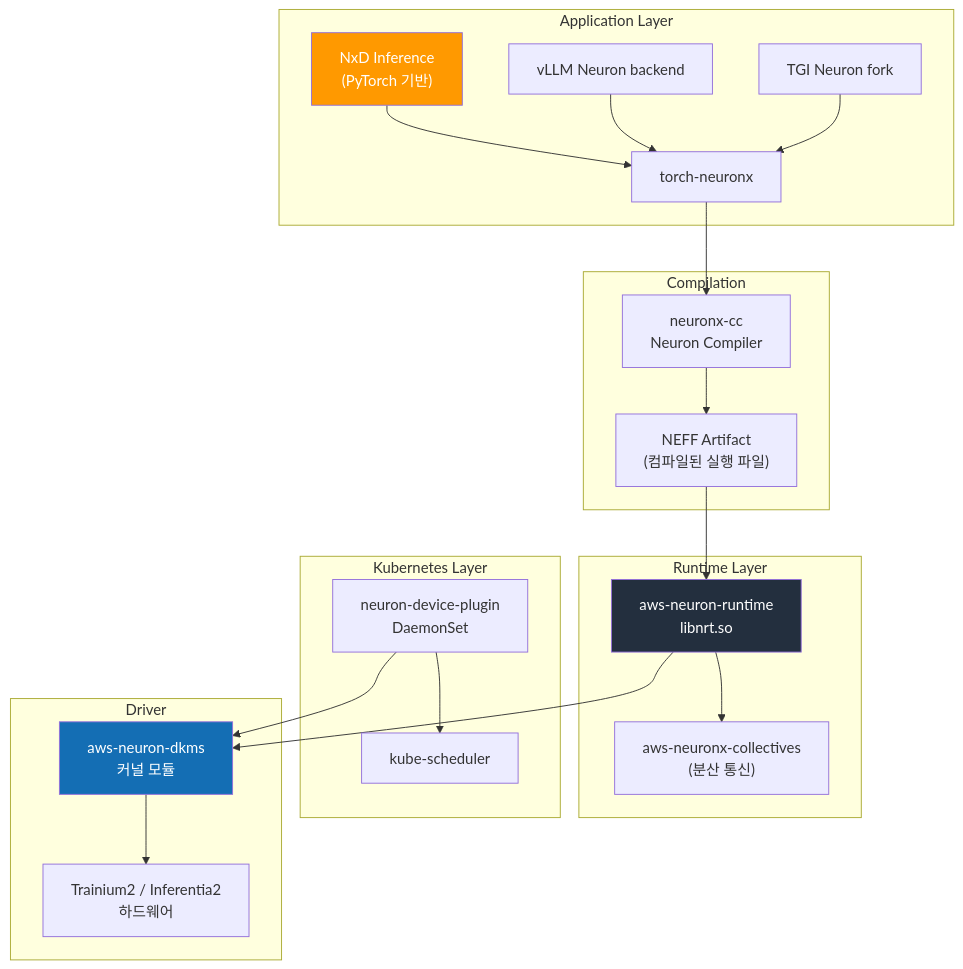
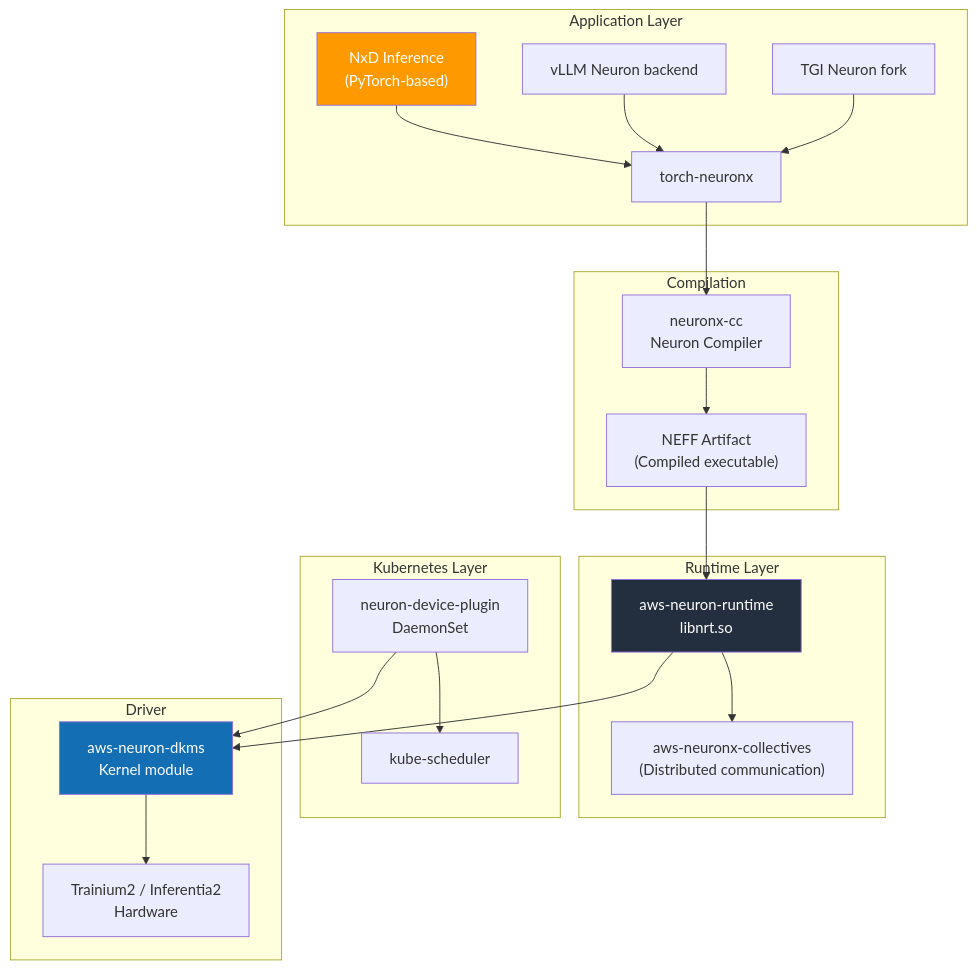
One commit to devfloor9/engineering-playbook changed the first of 2 diagrams in docs/agentic-ai-platform/model-serving/gpu-infrastructure/aws-neuron-stack.md. Above: the diagram before and after it, drawn with Mermaid. The commit also changed other lines of this file and 954 other files, not shown here.

````diff
--- a/docs/agentic-ai-platform/model-serving/gpu-infrastructure/aws-neuron-stack.md
+++ b/docs/agentic-ai-platform/model-serving/gpu-infrastructure/aws-neuron-stack.md
@@ -110,45 +107,45 @@
 ```mermaid
 flowchart TB
     subgraph App["Application Layer"]
-        NXD["NxD Inference<br/>(PyTorch 기반)"]
+        NXD["NxD Inference<br/>(PyTorch-based)"]
         VLLM["vLLM Neuron backend"]
         TGI["TGI Neuron fork"]
         TORCH["torch-neuronx"]
     end
 
     subgraph Compiler["Compilation"]
         NCC["neuronx-cc<br/>Neuron Compiler"]
-        NEFF["NEFF Artifact<br/>(컴파일된 실행 파일)"]
+        NEFF["NEFF Artifact<br/>(Compiled executable)"]
     end
 
     subgraph Runtime["Runtime Layer"]
         RT["aws-neuron-runtime<br/>libnrt.so"]
-        COL["aws-neuronx-collectives<br/>(분산 통신)"]
+        COL["aws-neuronx-collectives<br/>(Distributed communication)"]
     end
 
     subgraph K8s["Kubernetes Layer"]
         DP["neuron-device-plugin<br/>DaemonSet"]
         SCHED["kube-scheduler"]
     end
 
     subgraph Driver["Driver"]
-        DKMS["aws-neuron-dkms<br/>커널 모듈"]
-        HW["Trainium2 / Inferentia2<br/>하드웨어"]
+        DKMS["aws-neuron-dkms<br/>Kernel module"]
+        HW["Trainium2 / Inferentia2<br/>Hardware"]
     end
 
     NXD --> TORCH
     VLLM --> TORCH
     TGI --> TORCH
     TORCH --> NCC
     NCC --> NEFF
     NEFF --> RT
     RT --> COL
     RT --> DKMS
     DP --> SCHED
     DP --> DKMS
     DKMS --> HW
 
     style NXD fill:#ff9900,color:#fff
     style RT fill:#232f3e,color:#fff
     style DKMS fill:#146eb4,color:#fff
 ```
````
